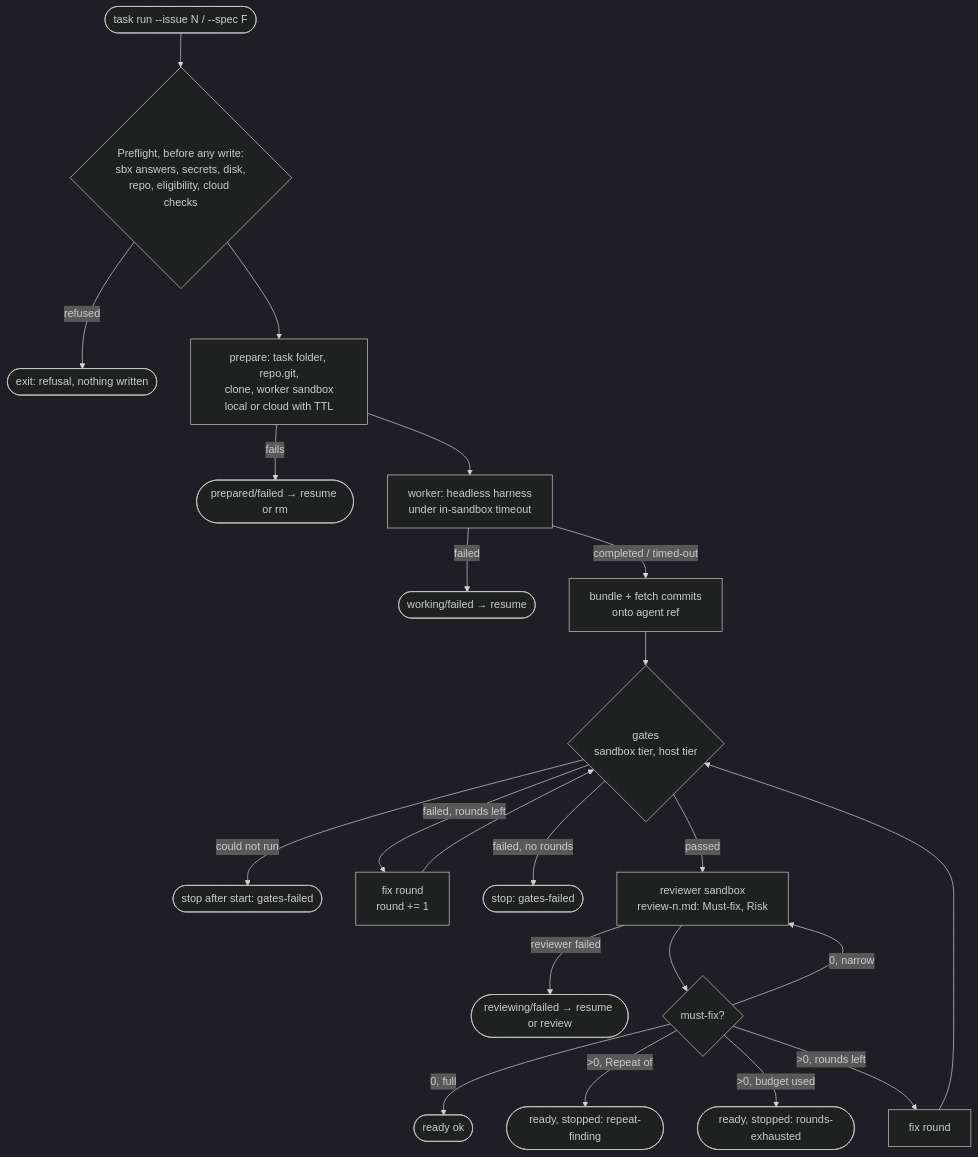
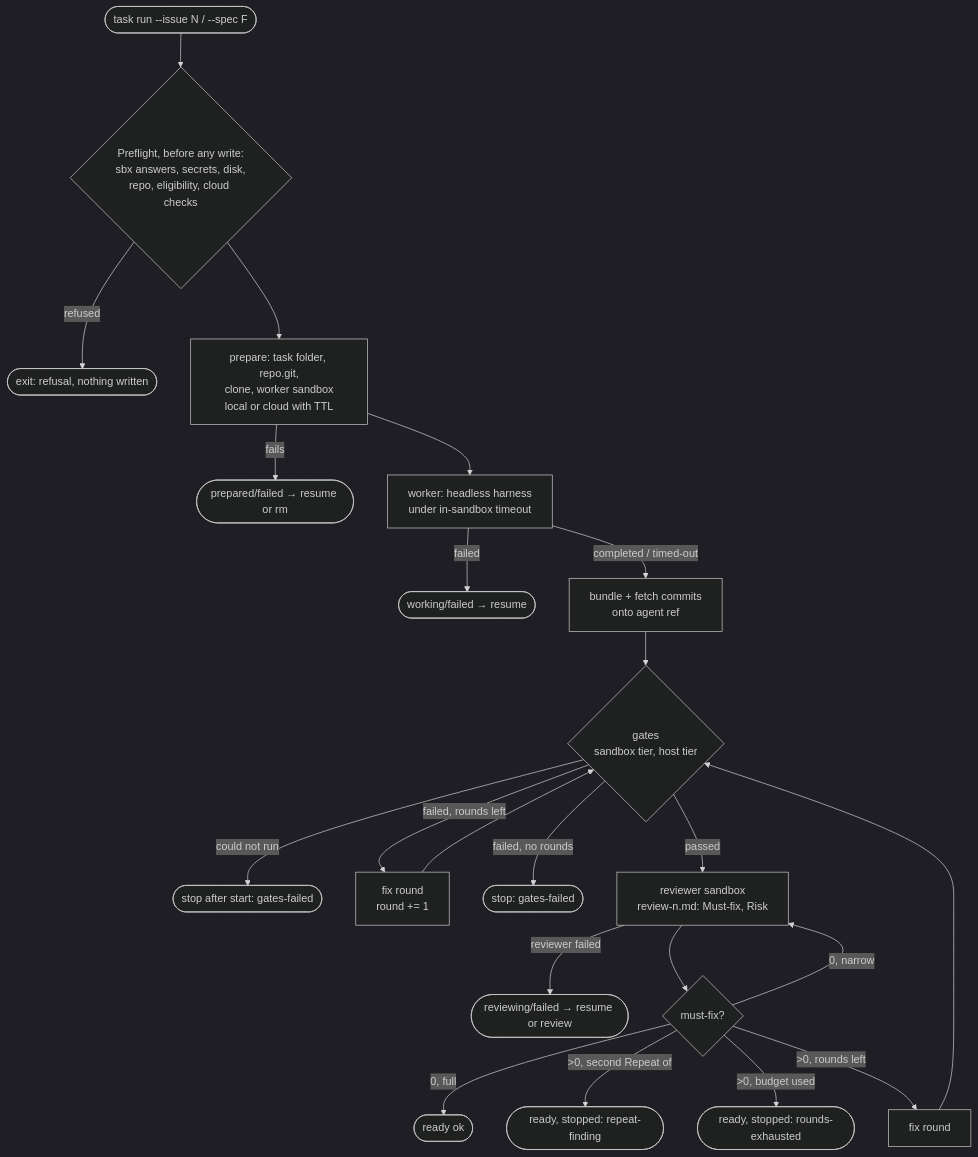
Before and after one commit to tutros/sbxm: the fifth of 8 diagrams in docs/state-diagrams.md, drawn with Mermaid (dark theme). The commit also changed 3 other files, not shown here.

````diff
--- a/docs/state-diagrams.md
+++ b/docs/state-diagrams.md
@@ -119,23 +119,23 @@
 ```mermaid
 flowchart TD
   A([task run --issue N / --spec F]) --> PF{Preflight, before any write:<br/>sbx answers, secrets, disk,<br/>repo, eligibility, cloud checks}
   PF -- refused --> X1([exit: refusal, nothing written])
   PF --> PR[prepare: task folder, repo.git,<br/>clone, worker sandbox<br/>local or cloud with TTL]
   PR -- fails --> PFAIL([prepared/failed → resume or rm])
   PR --> WK[worker: headless harness<br/>under in-sandbox timeout]
   WK -- failed --> WFAIL([working/failed → resume])
   WK -- completed / timed-out --> COL[bundle + fetch commits<br/>onto agent ref]
   COL --> GT{gates<br/>sandbox tier, host tier}
   GT -- could not run --> GSTOP([stop after start: gates-failed])
   GT -- failed, rounds left --> FX[fix round<br/>round += 1]
   GT -- failed, no rounds --> GSTOP2([stop: gates-failed])
   FX --> GT
   GT -- passed --> RVW[reviewer sandbox<br/>review-n.md: Must-fix, Risk]
   RVW -- reviewer failed --> RFAIL([reviewing/failed → resume or review])
   RVW --> MF{must-fix?}
   MF -- 0, narrow --> RVW
   MF -- 0, full --> RDY([ready ok])
-  MF -- >0, Repeat of --> ST1([ready, stopped: repeat-finding])
+  MF -- >0, second Repeat of --> ST1([ready, stopped: repeat-finding])
   MF -- >0, budget used --> ST2([ready, stopped: rounds-exhausted])
   MF -- >0, rounds left --> FX2[fix round] --> GT
 ```
````
